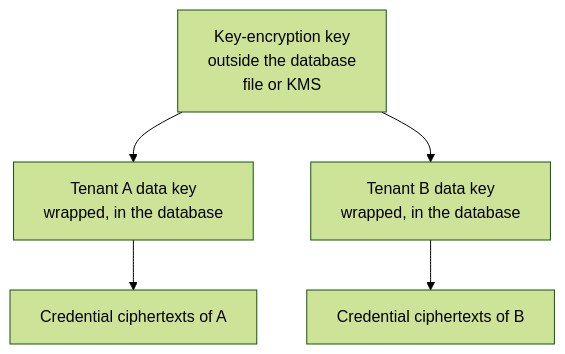
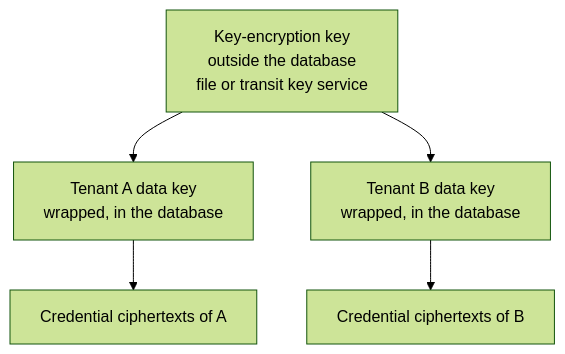
Before and after one commit to pandokos/pandokos: the second of 2 diagrams in docs/architecture/security-model.md, drawn with Mermaid (forest theme). The commit also changed other lines of this file and 27 other files, not shown here.

Commit message:
docs: sprint 12.1 external key-encryption key: guide, failure reference, ADR 0073

````diff
--- a/docs/architecture/security-model.md
+++ b/docs/architecture/security-model.md
@@ -250,7 +262,7 @@
 ```mermaid
 flowchart TB
-    kek[Key-encryption key<br/>outside the database<br/>file or KMS] --> dek1[Tenant A data key<br/>wrapped, in the database]
+    kek[Key-encryption key<br/>outside the database<br/>file or transit key service] --> dek1[Tenant A data key<br/>wrapped, in the database]
     kek --> dek2[Tenant B data key<br/>wrapped, in the database]
     dek1 --> c1[Credential ciphertexts of A]
     dek2 --> c2[Credential ciphertexts of B]
 ```
````
